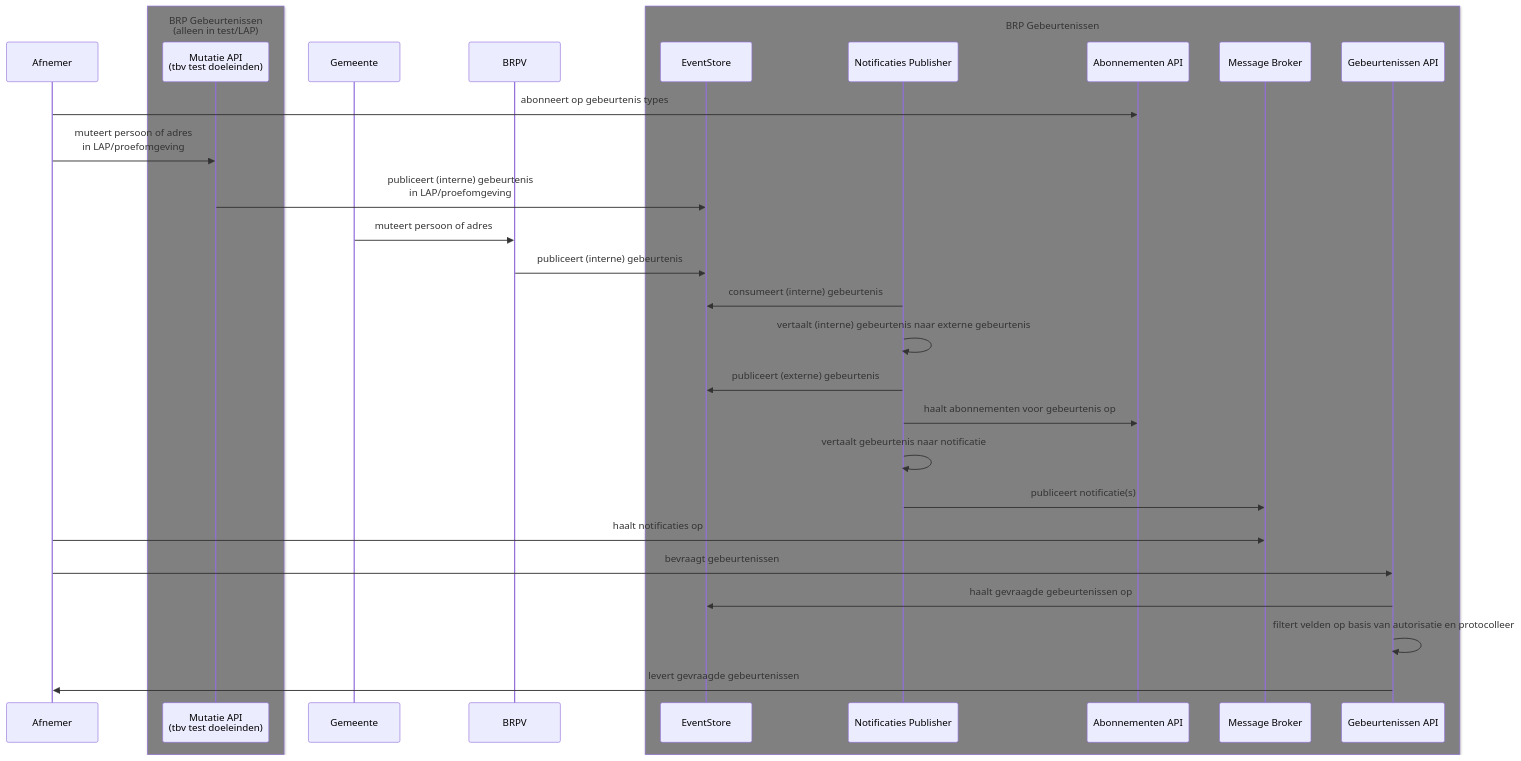
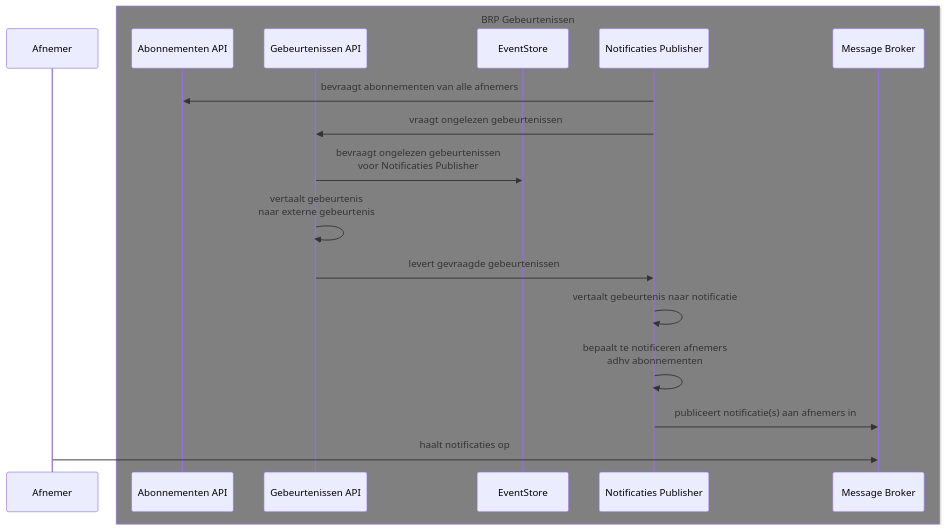
The third of 3 diagrams in architectuur/sequence-diagram.md (BRP-API/brp-api-gebeurtenissen), drawn with Mermaid before and after one commit. The commit also changed other lines of this file, not shown here.

Commit message:
chore: sequence diagram updated

````diff
--- a/architectuur/sequence-diagram.md
+++ b/architectuur/sequence-diagram.md
@@ -1,33 +45,21 @@
 ```mermaid
 sequenceDiagram
     participant Afnemer
-    box Grey BRP Gebeurtenissen<br/>(alleen in test/LAP)
-    participant MA as Mutatie API<br/>(tbv test doeleinden)
-    end
-    participant Gemeente
-    participant BRPV
     box Grey BRP Gebeurtenissen
-    participant ES as EventStore
-    participant NP as Notificaties Publisher
-    participant SubApi as Abonnementen API
-    participant MB as Message Broker
-    participant EvtApi as Gebeurtenissen API
+        participant SubApi as Abonnementen API
+        participant EvtApi as Gebeurtenissen API
+        participant ES as EventStore
+        participant NP as Notificaties Publisher
+        participant MB as Message Broker
     end
 
-    Afnemer->>SubApi: abonneert op gebeurtenis types
-    Afnemer->>MA: muteert persoon of adres<br/>in LAP/proefomgeving
-    MA->>ES: publiceert (interne) gebeurtenis<br/>in LAP/proefomgeving
-    Gemeente->>BRPV: muteert persoon of adres
-    BRPV->>ES: publiceert (interne) gebeurtenis
-    NP->>ES: consumeert (interne) gebeurtenis
-    NP->>NP: vertaalt (interne) gebeurtenis naar externe gebeurtenis
-    NP->>ES: publiceert (externe) gebeurtenis
-    NP->>SubApi: haalt abonnementen voor gebeurtenis op
+    NP->>SubApi: bevraagt abonnementen van alle afnemers
+    NP->>EvtApi: vraagt ongelezen gebeurtenissen
+    EvtApi->>ES: bevraagt ongelezen gebeurtenissen<br/> voor Notificaties Publisher
+    EvtApi->>EvtApi: vertaalt gebeurtenis<br/> naar externe gebeurtenis
+    EvtApi->>NP: levert gevraagde gebeurtenissen
     NP->>NP: vertaalt gebeurtenis naar notificatie
-    NP->>MB: publiceert notificatie(s)
+    NP->>NP: bepaalt te notificeren afnemers<br/>adhv abonnementen
+    NP->>MB: publiceert notificatie(s) aan afnemers in
     Afnemer->>MB: haalt notificaties op
-    Afnemer->>EvtApi: bevraagt gebeurtenissen
-    EvtApi->>ES: haalt gevraagde gebeurtenissen op
-    EvtApi->>EvtApi: filtert velden op basis van autorisatie en protocolleer
-    EvtApi->>Afnemer: levert gevraagde gebeurtenissen
 ```
````
